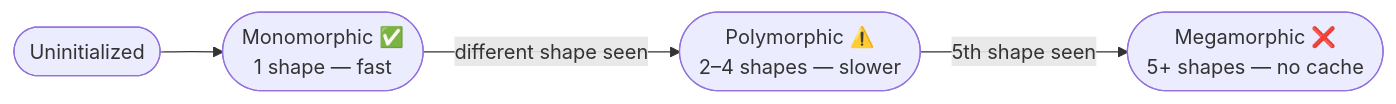
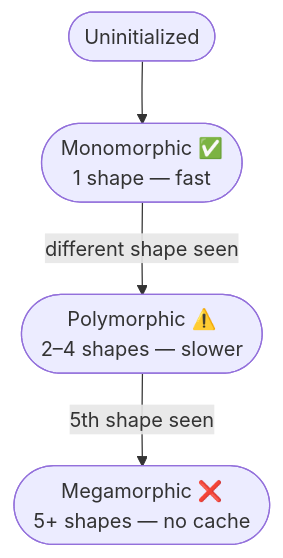
The second of 5 diagrams in RULES.md (chris-heathwood/xn), drawn with Mermaid before and after one commit.

Commit message:
Some more tweaks

````diff
--- a/RULES.md
+++ b/RULES.md
@@ -111,11 +111,11 @@
 ```mermaid
-flowchart LR
+flowchart TD
     Uninit([Uninitialized])
     Mono([Monomorphic ✅\n1 shape — fast])
     Poly([Polymorphic ⚠️\n2–4 shapes — slower])
     Mega([Megamorphic ❌\n5+ shapes — no cache])
 
     Uninit --> Mono
     Mono -->|different shape seen| Poly
     Poly -->|5th shape seen| Mega
 ```
````
